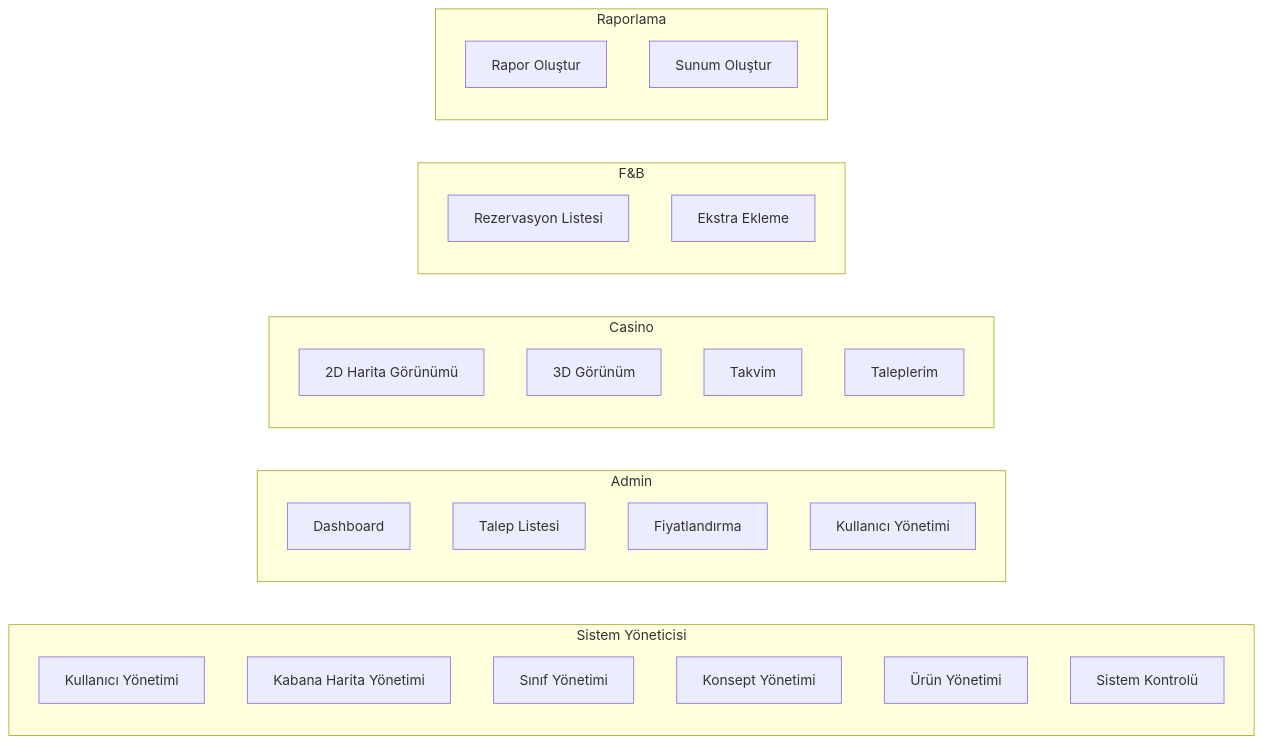
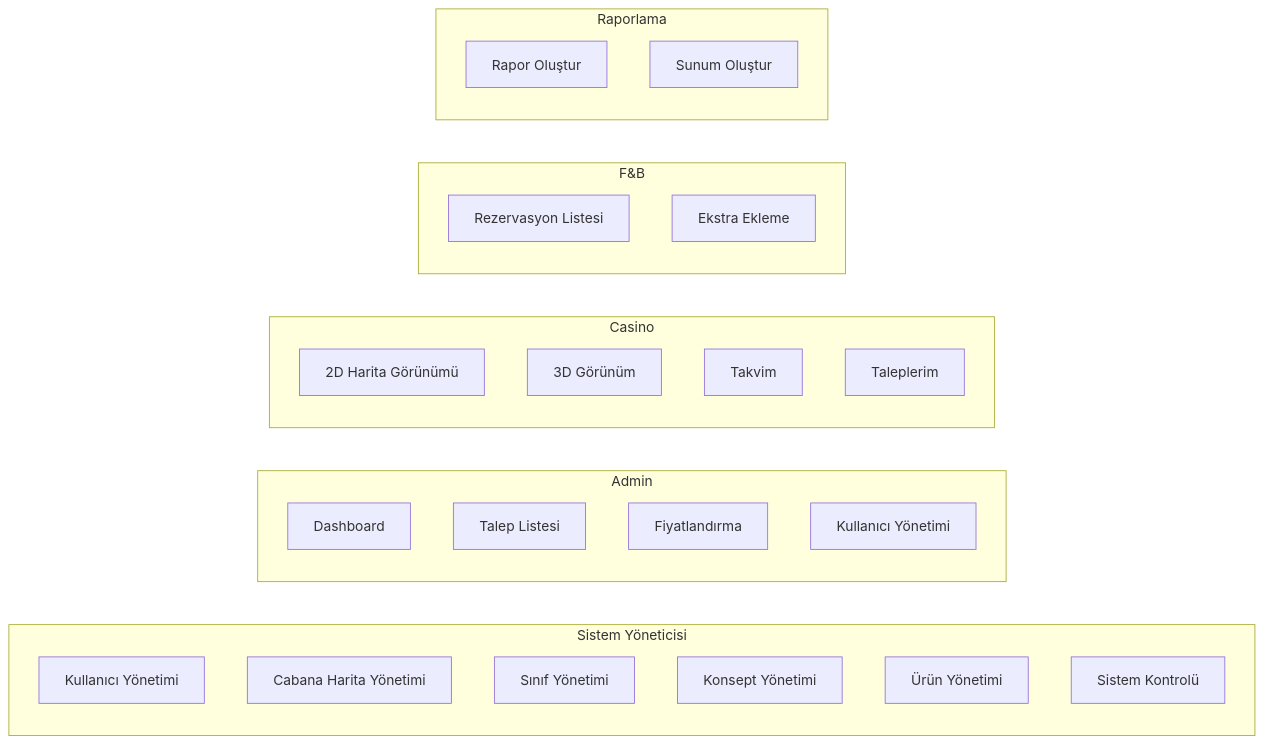
The third of 4 diagrams in .kiro/specs/royal-cabana/design.md (Optimus825482/royalcabana), drawn with Mermaid before and after one commit. The commit also changed other lines of this file and 11034 other files, not shown here.

````diff
--- a/.kiro/specs/royal-cabana/design.md
+++ b/.kiro/specs/royal-cabana/design.md
@@ -317,35 +317,35 @@
 ```mermaid
 graph LR
     subgraph SYM["Sistem Yöneticisi"]
         SY1["Kullanıcı Yönetimi"]
-        SY2["Kabana Harita Yönetimi"]
+        SY2["Cabana Harita Yönetimi"]
         SY3["Sınıf Yönetimi"]
         SY4["Konsept Yönetimi"]
         SY5["Ürün Yönetimi"]
         SY6["Sistem Kontrolü"]
     end
 
     subgraph ADM["Admin"]
         A1["Dashboard"]
         A2["Talep Listesi"]
         A3["Fiyatlandırma"]
         A4["Kullanıcı Yönetimi"]
     end
 
     subgraph CAS["Casino"]
         C1["2D Harita Görünümü"]
         C2["3D Görünüm"]
         C3["Takvim"]
         C4["Taleplerim"]
     end
 
     subgraph FNB["F&B"]
         F1["Rezervasyon Listesi"]
         F2["Ekstra Ekleme"]
     end
 
     subgraph RPT["Raporlama"]
         R1["Rapor Oluştur"]
         R2["Sunum Oluştur"]
     end
 ```
````
